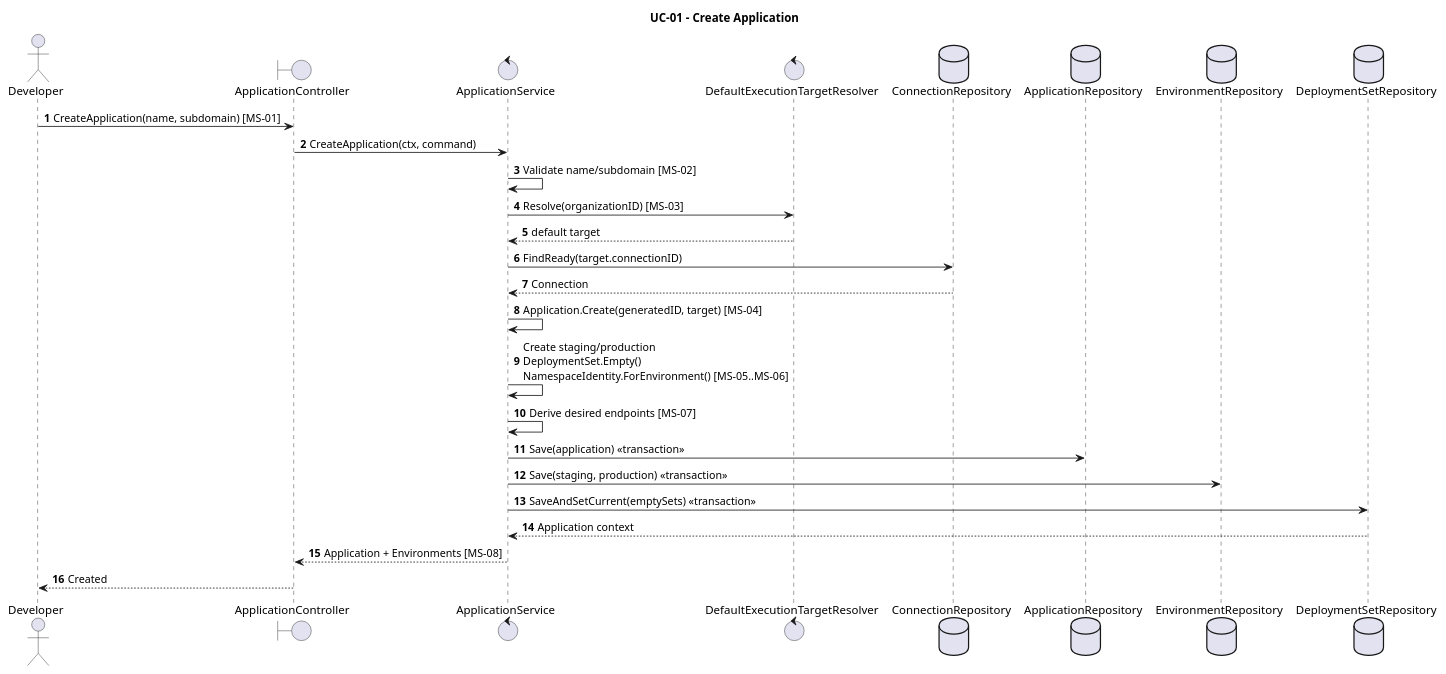
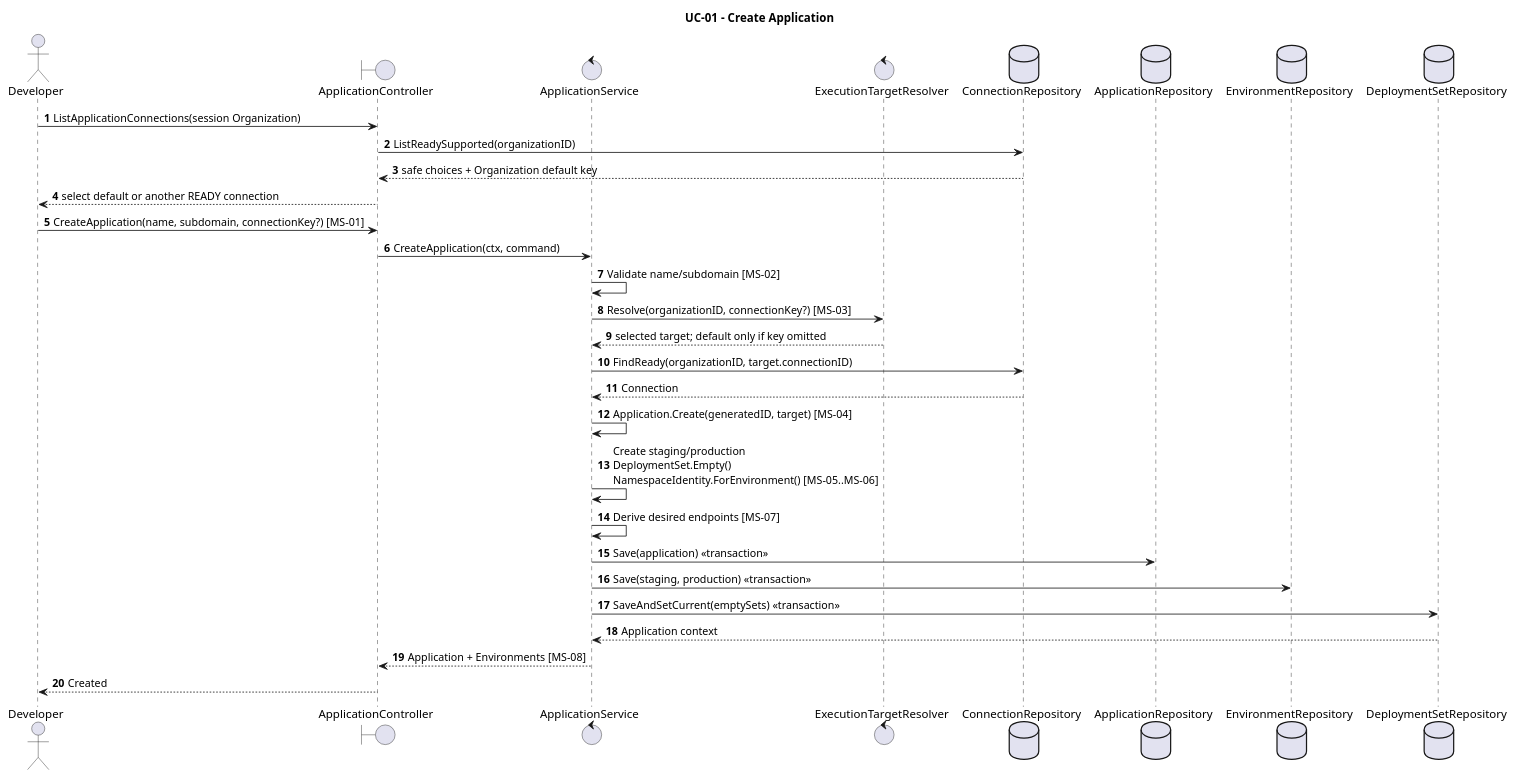
One commit to pr3s3nt/poc changed the diagram in orchestrator_docs/usecase/UC-01/sequence.puml. Above: the diagram before and after it, drawn with PlantUML. The commit also changed 76 other files, not shown here.

Commit message:
feat: select application deployment connection at creation

```diff
--- a/orchestrator_docs/usecase/UC-01/sequence.puml
+++ b/orchestrator_docs/usecase/UC-01/sequence.puml
@@ -1,29 +1,33 @@
 @startuml
 title UC-01 - Create Application
 autonumber
 actor Developer as Dev
 boundary ApplicationController as API
 control ApplicationService as Service
-control DefaultExecutionTargetResolver as TargetResolver
+control ExecutionTargetResolver as TargetResolver
 database ConnectionRepository as ConnectionRepo
 database ApplicationRepository as AppRepo
 database EnvironmentRepository as EnvRepo
 database DeploymentSetRepository as SetRepo
 
-Dev -> API: CreateApplication(name, subdomain) [MS-01]
+Dev -> API: ListApplicationConnections(session Organization)
+API -> ConnectionRepo: ListReadySupported(organizationID)
+ConnectionRepo --> API: safe choices + Organization default key
+API --> Dev: select default or another READY connection
+Dev -> API: CreateApplication(name, subdomain, connectionKey?) [MS-01]
 API -> Service: CreateApplication(ctx, command)
 Service -> Service: Validate name/subdomain [MS-02]
-Service -> TargetResolver: Resolve(organizationID) [MS-03]
-TargetResolver --> Service: default target
-Service -> ConnectionRepo: FindReady(target.connectionID)
+Service -> TargetResolver: Resolve(organizationID, connectionKey?) [MS-03]
+TargetResolver --> Service: selected target; default only if key omitted
+Service -> ConnectionRepo: FindReady(organizationID, target.connectionID)
 ConnectionRepo --> Service: Connection
 Service -> Service: Application.Create(generatedID, target) [MS-04]
 Service -> Service: Create staging/production\nDeploymentSet.Empty()\nNamespaceIdentity.ForEnvironment() [MS-05..MS-06]
 Service -> Service: Derive desired endpoints [MS-07]
 Service -> AppRepo: Save(application) <<transaction>>
 Service -> EnvRepo: Save(staging, production) <<transaction>>
 Service -> SetRepo: SaveAndSetCurrent(emptySets) <<transaction>>
 SetRepo --> Service: Application context
 Service --> API: Application + Environments [MS-08]
 API --> Dev: Created
 @enduml
```
